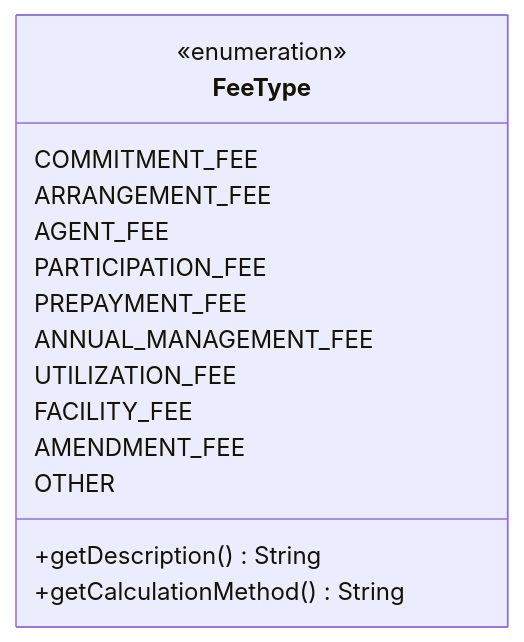
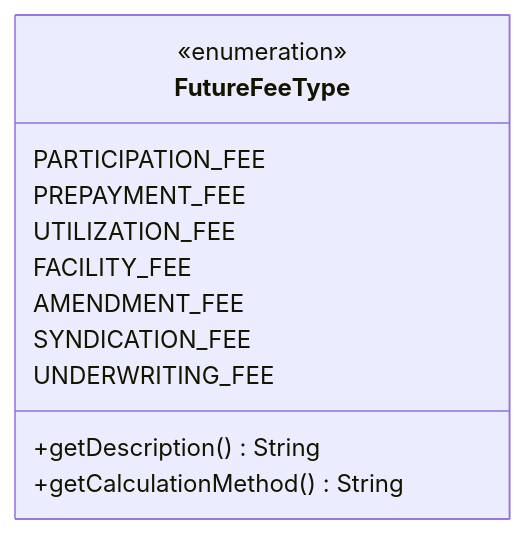
Before and after one commit to tis-abe-akira/ddd-ai: the seventh of 9 diagrams in data-model.md, drawn with Mermaid. The commit also changed other lines of this file and 2 other files, not shown here.

````diff
--- a/data-model.md
+++ b/data-model.md
@@ -397,18 +413,15 @@
 ```mermaid
 classDiagram
-    class FeeType {
+    class FutureFeеType {
         <<enumeration>>
-        COMMITMENT_FEE
-        ARRANGEMENT_FEE
-        AGENT_FEE
         PARTICIPATION_FEE
         PREPAYMENT_FEE
-        ANNUAL_MANAGEMENT_FEE
         UTILIZATION_FEE
         FACILITY_FEE
         AMENDMENT_FEE
-        OTHER
+        SYNDICATION_FEE
+        UNDERWRITING_FEE
         +getDescription() String
         +getCalculationMethod() String
     }
 ```
````
